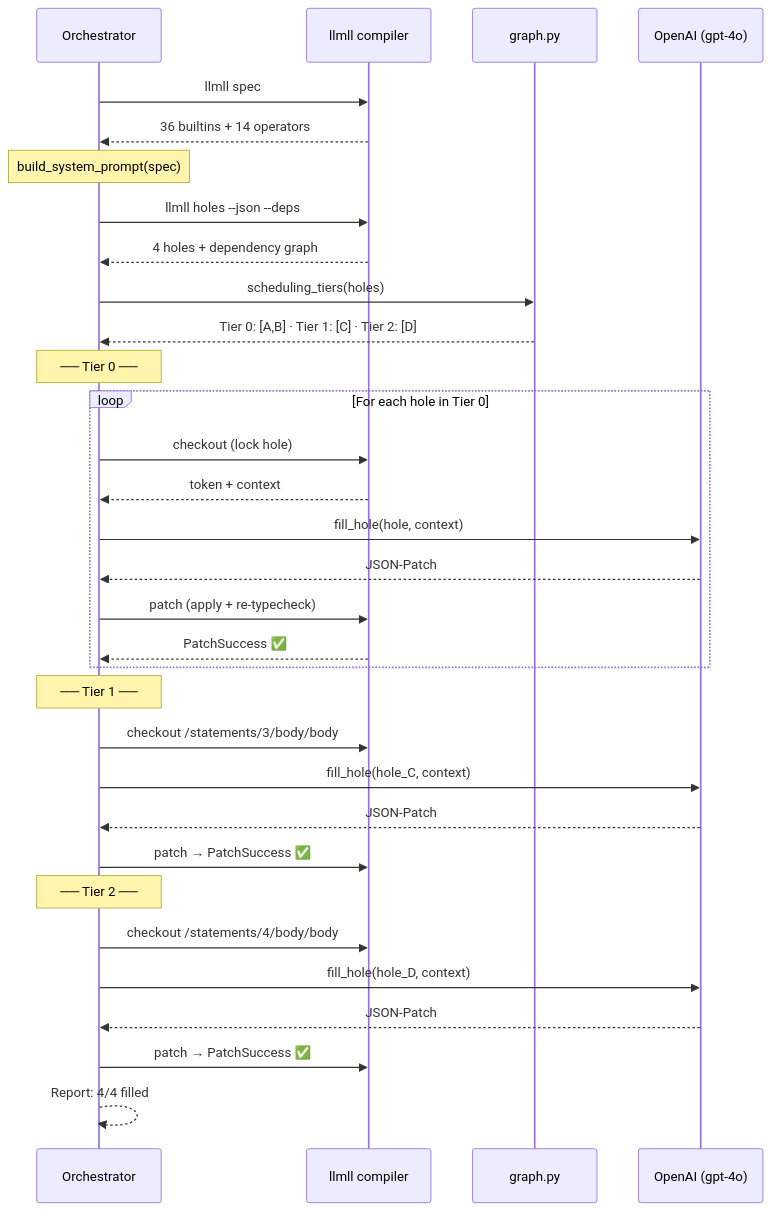
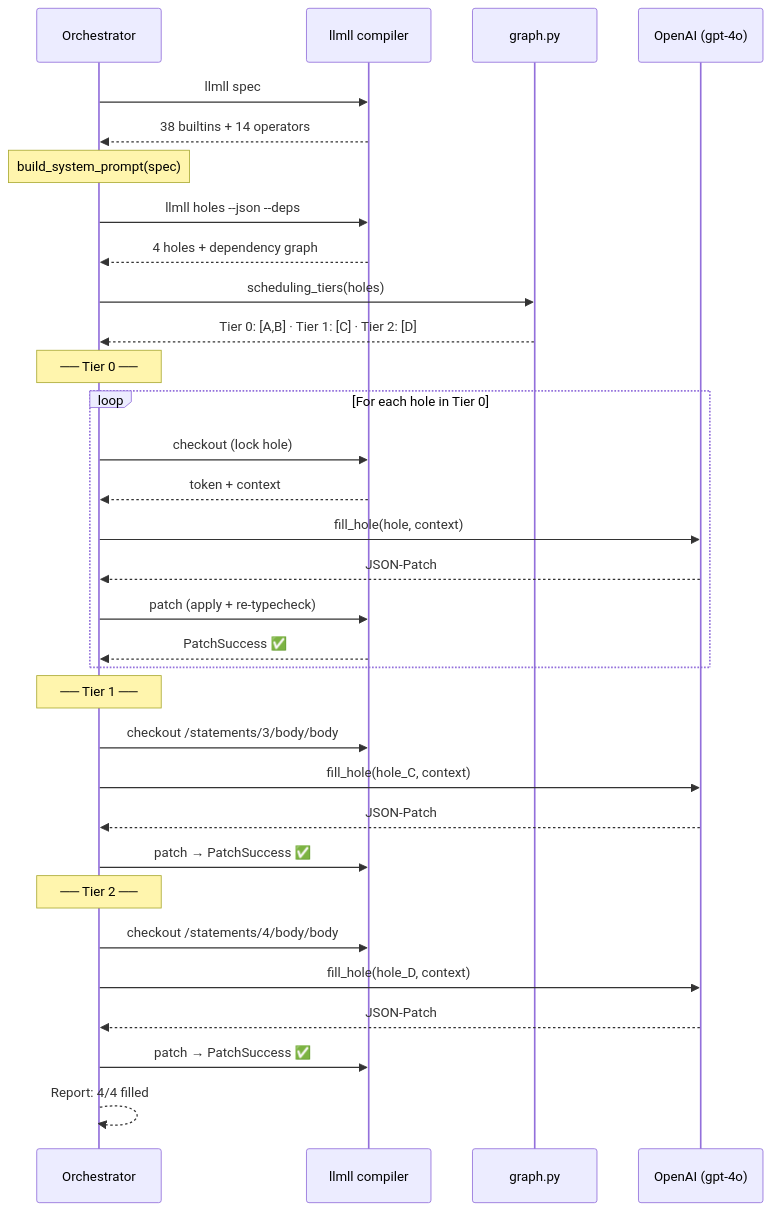
Before and after one commit to machunter/llmll: the second of 3 diagrams in docs/orchestrator-walkthrough.md, drawn with Mermaid. The commit also changed other lines of this file and 3 other files, not shown here.

````diff
--- a/docs/orchestrator-walkthrough.md
+++ b/docs/orchestrator-walkthrough.md
@@ -933,44 +964,44 @@
 ```mermaid
 sequenceDiagram
     participant O as Orchestrator
     participant C as llmll compiler
     participant G as graph.py
     participant A as OpenAI (gpt-4o)
 
     O->>C: llmll spec
-    C-->>O: 36 builtins + 14 operators
+    C-->>O: 38 builtins + 14 operators
     Note over O: build_system_prompt(spec)
 
     O->>C: llmll holes --json --deps
     C-->>O: 4 holes + dependency graph
 
     O->>G: scheduling_tiers(holes)
     G-->>O: Tier 0: [A,B] · Tier 1: [C] · Tier 2: [D]
 
     Note over O: ── Tier 0 ──
 
     loop For each hole in Tier 0
         O->>C: checkout (lock hole)
         C-->>O: token + context
         O->>A: fill_hole(hole, context)
         A-->>O: JSON-Patch
         O->>C: patch (apply + re-typecheck)
         C-->>O: PatchSuccess ✅
     end
 
     Note over O: ── Tier 1 ──
 
     O->>C: checkout /statements/3/body/body
     O->>A: fill_hole(hole_C, context)
     A-->>O: JSON-Patch
     O->>C: patch → PatchSuccess ✅
 
     Note over O: ── Tier 2 ──
 
     O->>C: checkout /statements/4/body/body
     O->>A: fill_hole(hole_D, context)
     A-->>O: JSON-Patch
     O->>C: patch → PatchSuccess ✅
 
     O-->>O: Report: 4/4 filled
 ```
````
